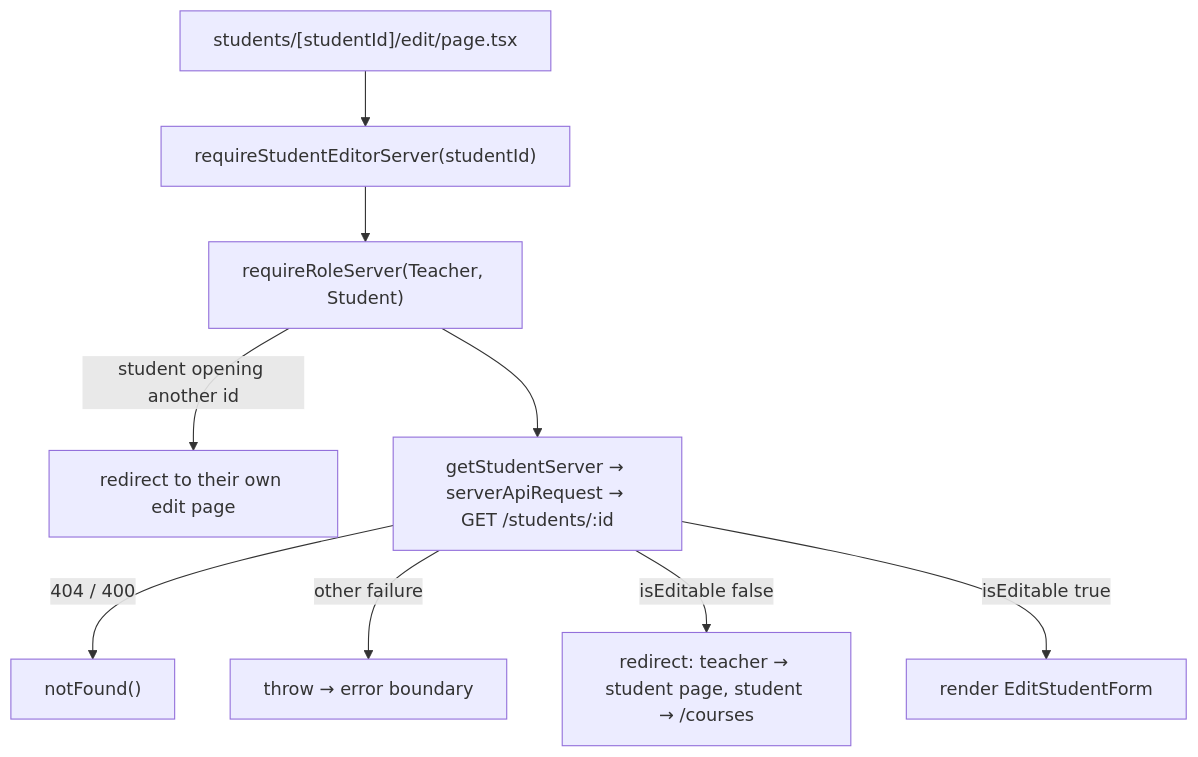
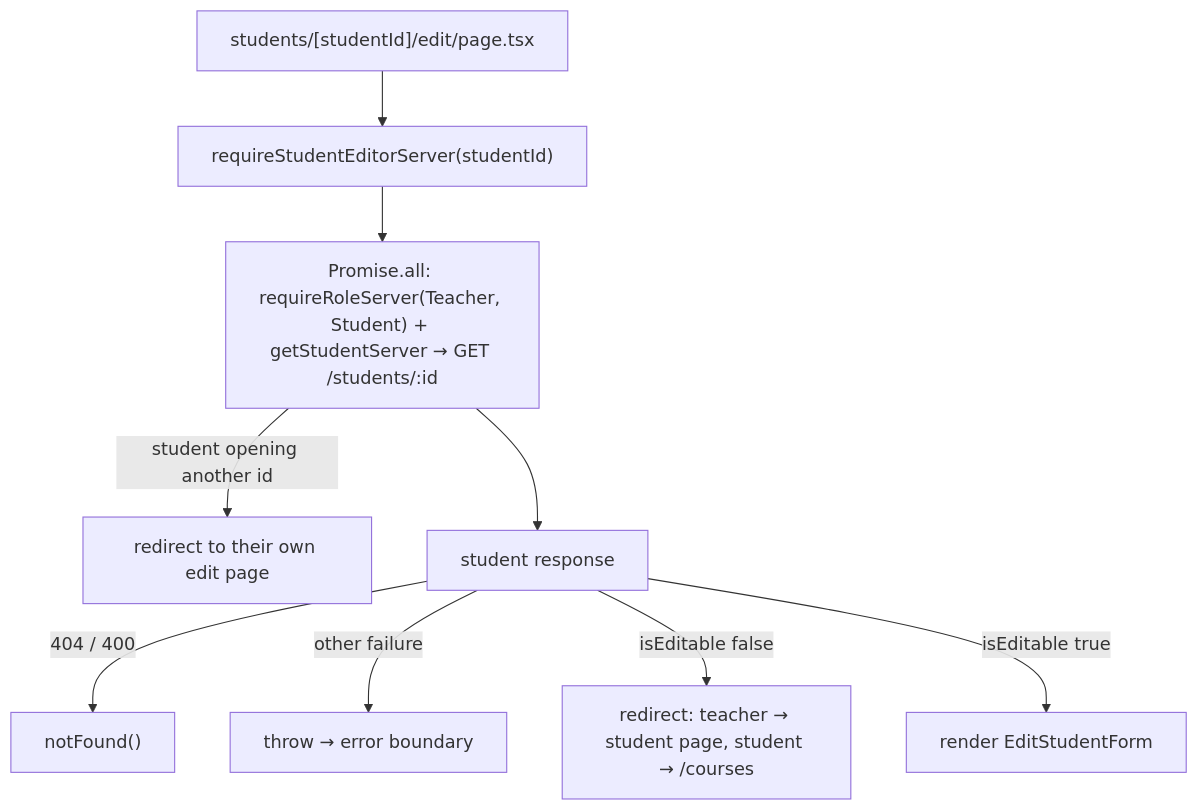
The first of 2 diagrams in front/src/docs/students/student-editing.md (KaterynaKocheharova/Practice-app), drawn with Mermaid before and after one commit. The commit also changed other lines of this file and 5 other files, not shown here.

````diff
--- a/front/src/docs/students/student-editing.md
+++ b/front/src/docs/students/student-editing.md
@@ -32,11 +32,11 @@
 ```mermaid
 flowchart TD
   Page["students/[studentId]/edit/page.tsx"] --> Guard["requireStudentEditorServer(studentId)"]
-  Guard --> Role["requireRoleServer(Teacher, Student)"]
-  Role -->|student opening another id| Own["redirect to their own edit page"]
-  Role --> Load["getStudentServer → serverApiRequest → GET /students/:id"]
+  Guard --> Both["Promise.all: requireRoleServer(Teacher, Student) + getStudentServer → GET /students/:id"]
+  Both -->|student opening another id| Own["redirect to their own edit page"]
+  Both --> Load[student response]
   Load -->|404 / 400| NotFound["notFound()"]
   Load -->|other failure| Throw["throw → error boundary"]
   Load -->|isEditable false| Back["redirect: teacher → student page, student → /courses"]
   Load -->|isEditable true| Form["render EditStudentForm"]
 ```
````
